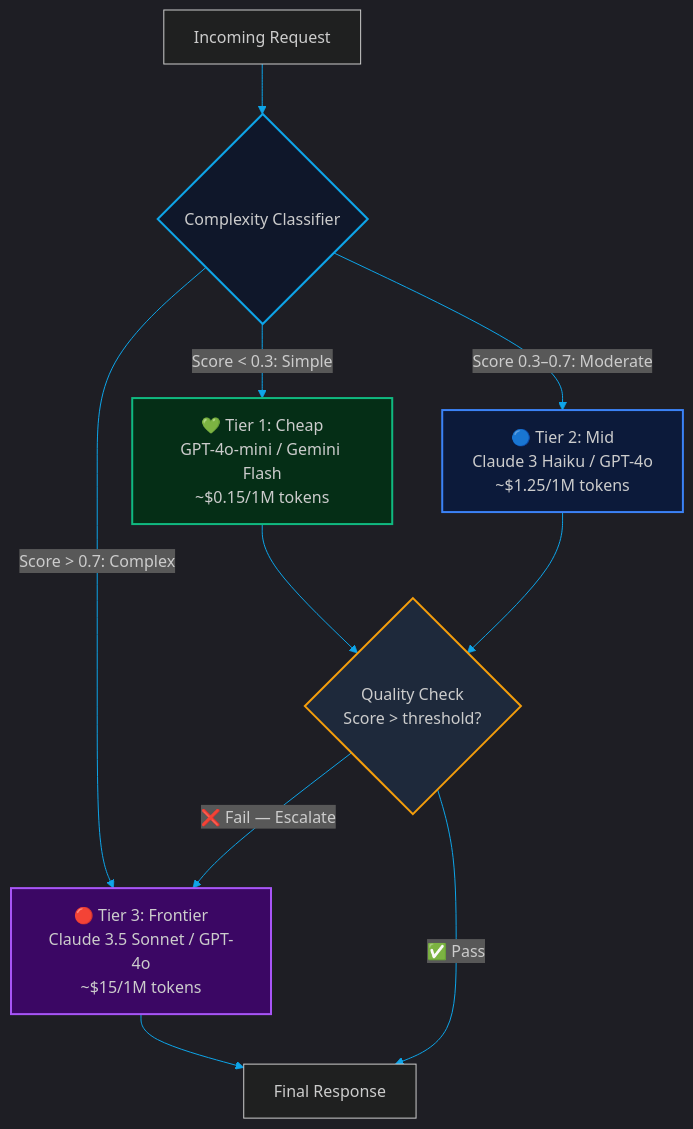
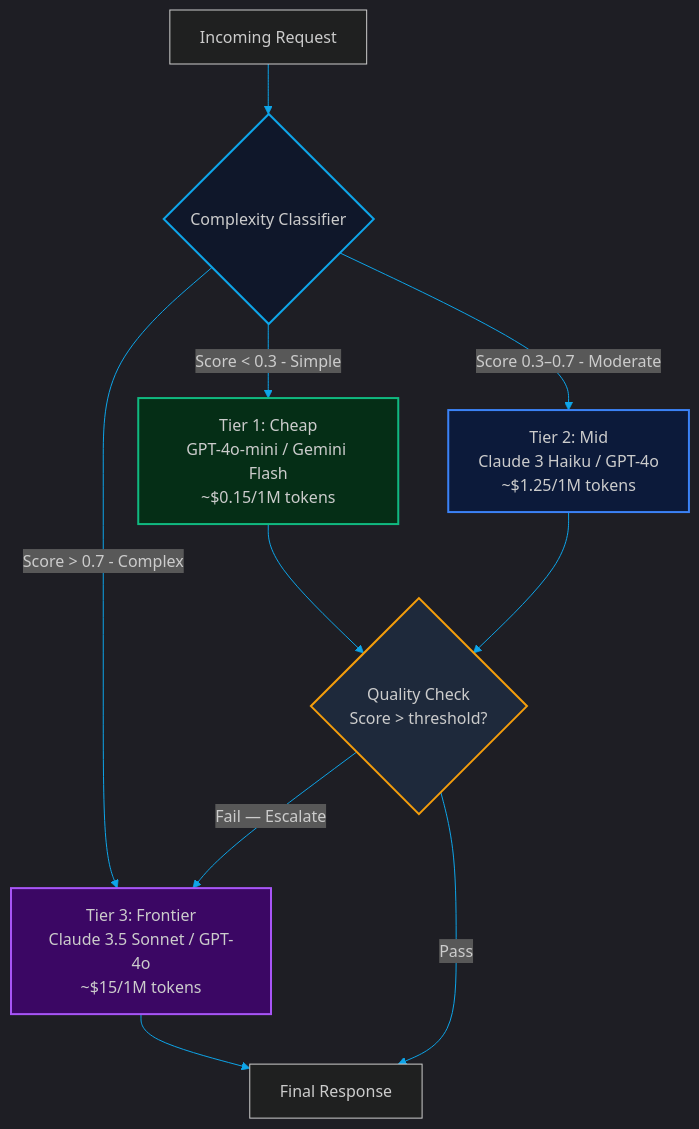
The first of 2 diagrams in blog/posts/model-routing-litellm-routellm.md (akmalkhaniub/akmalkhaniub.github.io), drawn with Mermaid before and after one commit. The commit also changed other lines of this file and 411 other files, not shown here.

````diff
--- a/blog/posts/model-routing-litellm-routellm.md
+++ b/blog/posts/model-routing-litellm-routellm.md
@@ -27,22 +27,22 @@
 ```mermaid
 %%{init: {'theme': 'dark', 'themeVariables': { 'primaryColor': '#0ea5e9', 'primaryTextColor': '#f3f4f6', 'primaryBorderColor': '#38bdf8', 'lineColor': '#0ea5e9', 'secondaryColor': '#111827', 'tertiaryColor': '#0f172a'}}}%%
 flowchart TD
     U[Incoming Request] --> C{Complexity Classifier}
     
-    C -->|Score < 0.3: Simple| T1[💚 Tier 1: Cheap<br/>GPT-4o-mini / Gemini Flash<br/>~$0.15/1M tokens]
-    C -->|Score 0.3–0.7: Moderate| T2[🔵 Tier 2: Mid<br/>Claude 3 Haiku / GPT-4o<br/>~$1.25/1M tokens]
-    C -->|Score > 0.7: Complex| T3[🔴 Tier 3: Frontier<br/>Claude 3.5 Sonnet / GPT-4o<br/>~$15/1M tokens]
+    C -->|Score < 0.3 - Simple| T1[ Tier 1: Cheap<br/>GPT-4o-mini / Gemini Flash<br/>~$0.15/1M tokens]
+    C -->|Score 0.3–0.7 - Moderate| T2[ Tier 2: Mid<br/>Claude 3 Haiku / GPT-4o<br/>~$1.25/1M tokens]
+    C -->|Score > 0.7 - Complex| T3[ Tier 3: Frontier<br/>Claude 3.5 Sonnet / GPT-4o<br/>~$15/1M tokens]
     
     T1 --> QC{Quality Check<br/>Score > threshold?}
     T2 --> QC
     T3 --> R[Final Response]
     
-    QC -->|✅ Pass| R
-    QC -->|❌ Fail — Escalate| T3
+    QC -->|Pass| R
+    QC -->|Fail — Escalate| T3
 
     style C fill:#0f172a,stroke:#0ea5e9,stroke-width:2px
     style T1 fill:#052e16,stroke:#10b981,stroke-width:2px
     style T2 fill:#0c1a3a,stroke:#3b82f6,stroke-width:2px
     style T3 fill:#3b0764,stroke:#a855f7,stroke-width:2px
     style QC fill:#1e293b,stroke:#f59e0b,stroke-width:2px
 ```
````
